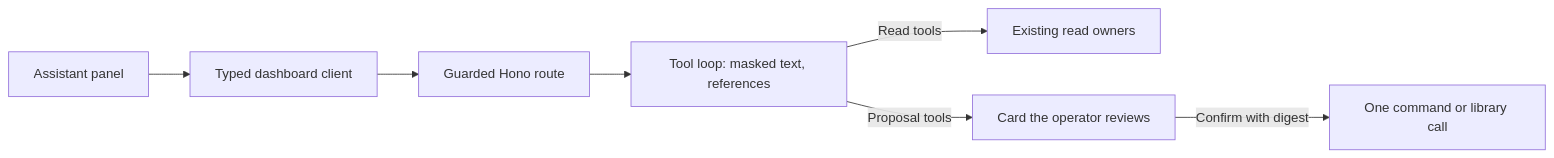
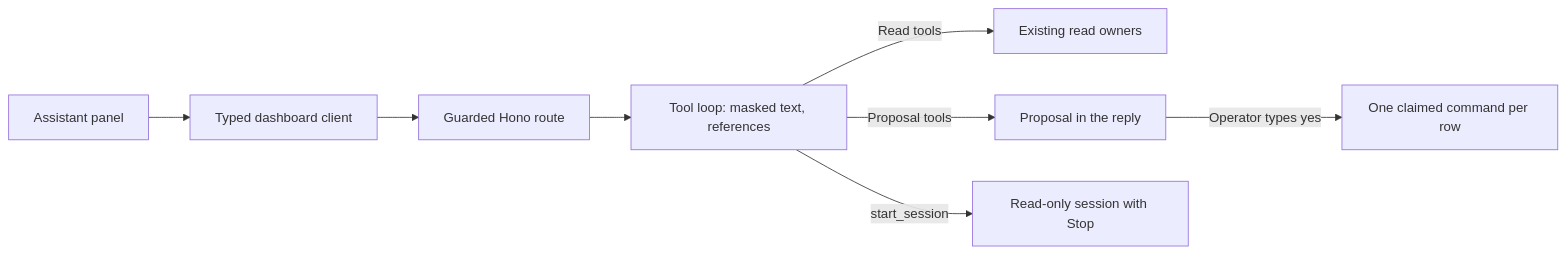
The fourth of 4 diagrams in docs/ARCHITECTURE.md (julianthant/hr-relay), drawn with Mermaid before and after one commit. The commit also changed other lines of this file and 1 other file, not shown here.

Commit message:
Docs: the assistant is conversation only, approved by a typed yes; sessions start read-only with Stop

````diff
--- a/docs/ARCHITECTURE.md
+++ b/docs/ARCHITECTURE.md
@@ -98,9 +98,10 @@
 ```mermaid
 flowchart LR
   Panel[Assistant panel] --> Client[Typed dashboard client]
   Client --> Route[Guarded Hono route]
   Route --> Loop[Tool loop: masked text, references]
   Loop -->|Read tools| Owners[Existing read owners]
-  Loop -->|Proposal tools| Card[Card the operator reviews]
-  Card -->|Confirm with digest| Effect[One command or library call]
+  Loop -->|Proposal tools| Reply[Proposal in the reply]
+  Reply -->|Operator types yes| Effect[One claimed command per row]
+  Loop -->|start_session| Session[Read-only session with Stop]
 ```
````
